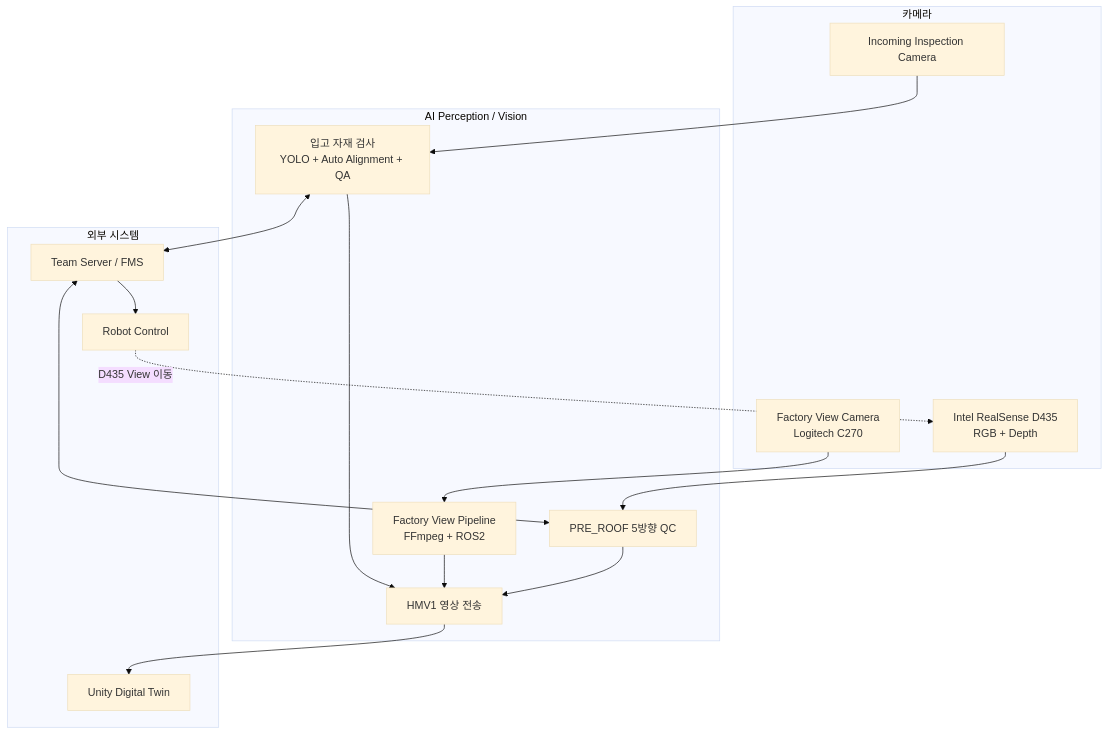
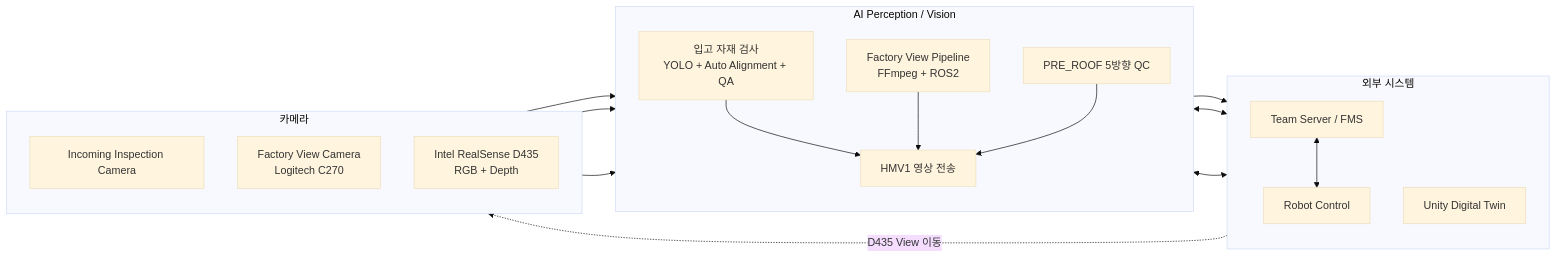
The first of 6 diagrams in ai_perception/docs/02_system_architecture.md (eduwing-robotics/ros2-ai-cobot-repo2), drawn with Mermaid (base theme) before and after one commit. The commit also changed 1 other file, not shown here.

Commit message:
docs(ai-perception): refine architecture and synthetic sample visibility

````diff
--- a/ai_perception/docs/02_system_architecture.md
+++ b/ai_perception/docs/02_system_architecture.md
@@ -34,36 +34,39 @@
 ```mermaid
-flowchart TB
+flowchart LR
+    subgraph EXT["외부 시스템"]
+        direction TB
+        S["Team Server / FMS"]
+        R["Robot Control"]
+        U["Unity Digital Twin"]
+        S <--> R
+    end
+
+    subgraph VIS["AI Perception / Vision"]
+        direction TB
+        I["입고 자재 검사<br/>YOLO + Auto Alignment + QA"]
+        F["Factory View Pipeline<br/>FFmpeg + ROS2"]
+        Q["PRE_ROOF 5방향 QC"]
+        H["HMV1 영상 전송"]
+
+        I --> H
+        F --> H
+        Q --> H
+    end
+
     subgraph CAM["카메라"]
+        direction TB
         C1["Incoming Inspection Camera"]
         C2["Factory View Camera<br/>Logitech C270"]
         C3["Intel RealSense D435<br/>RGB + Depth"]
     end
 
-    subgraph VIS["AI Perception / Vision"]
-        V1["입고 자재 검사<br/>YOLO + Auto Alignment + QA"]
-        V2["Factory View Pipeline<br/>FFmpeg + ROS2"]
-        V3["PRE_ROOF 5방향 QC"]
-        V4["HMV1 영상 전송"]
-    end
+    C1 --> I
+    C2 --> F
+    C3 --> Q
 
-    subgraph EXT["외부 시스템"]
-        S["Team Server / FMS"]
-        R["Robot Control"]
-        U["Unity Digital Twin"]
-    end
+    S <--> I
+    S <--> Q
+    R -. "D435 View 이동" .-> C3
 
-    C1 --> V1
-    C2 --> V2
-    C3 --> V3
-
-    V1 <--> S
-    V3 <--> S
-
-    S --> R
-    R -. D435 View 이동 .-> C3
-
-    V1 --> V4
-    V2 --> V4
-    V3 --> V4
-    V4 --> U
+    H --> U
 ```
````
